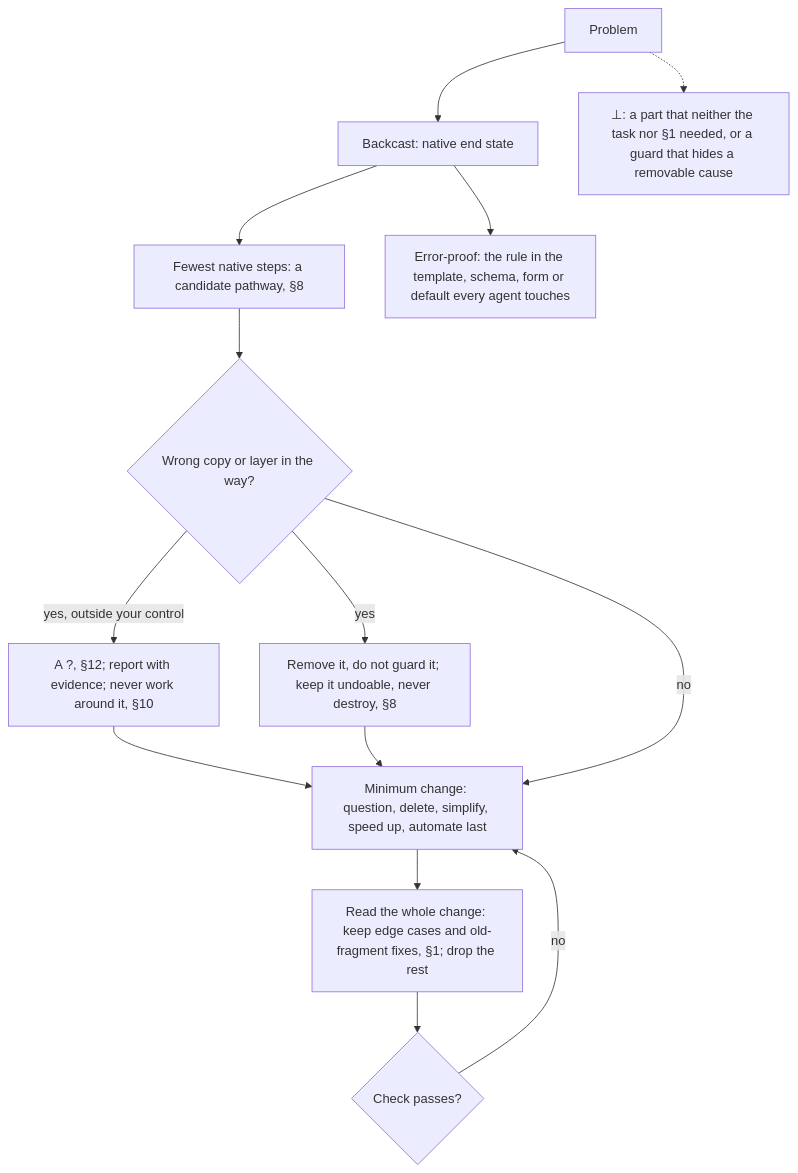
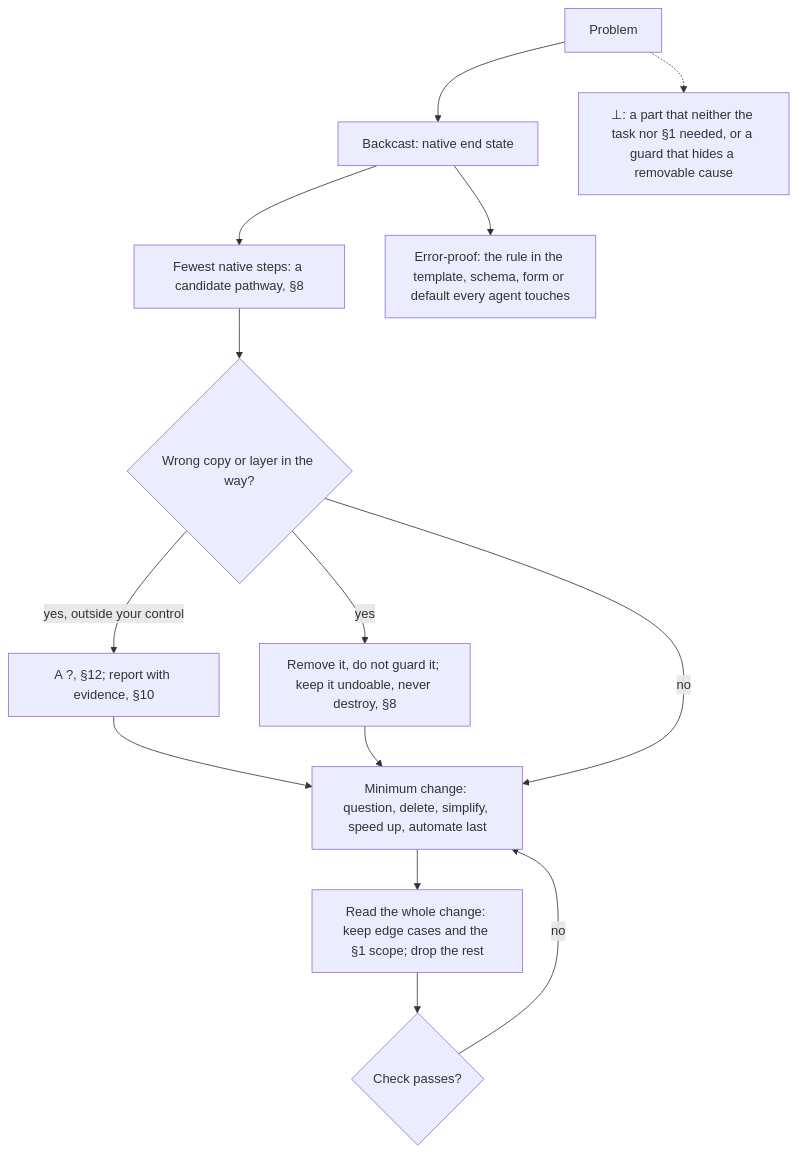
The tenth of 14 diagrams in AGENTS.md (SolenixAI/arbiter), drawn with Mermaid before and after one commit. The commit also changed other lines of this file and 1 other file, not shown here.

````diff
--- a/AGENTS.md
+++ b/AGENTS.md
@@ -480,11 +478,11 @@
 ```mermaid
 flowchart TD
   P[Problem] --> E["Backcast: native end state"] --> N["Fewest native steps: a candidate pathway, §8"]
   E --> RB["Error-proof: the rule in the template, schema, form or default every agent touches"]
   N --> W{Wrong copy or layer in the way?}
-  W -->|yes, outside your control| TU["A ?, §12; report with evidence; never work around it, §10"] --> M
+  W -->|yes, outside your control| TU["A ?, §12; report with evidence, §10"] --> M
   W -->|yes| X["Remove it, do not guard it; keep it undoable, never destroy, §8"] --> M
-  W -->|no| M["Minimum change: question, delete, simplify, speed up, automate last"] --> D["Read the whole change: keep edge cases and old-fragment fixes, §1; drop the rest"] --> C{Check passes?}
+  W -->|no| M["Minimum change: question, delete, simplify, speed up, automate last"] --> D["Read the whole change: keep edge cases and the §1 scope; drop the rest"] --> C{Check passes?}
   C -->|no| M
   P -.-> BOT["⊥: a part that neither the task nor §1 needed, or a guard that hides a removable cause"]
 ```
````
